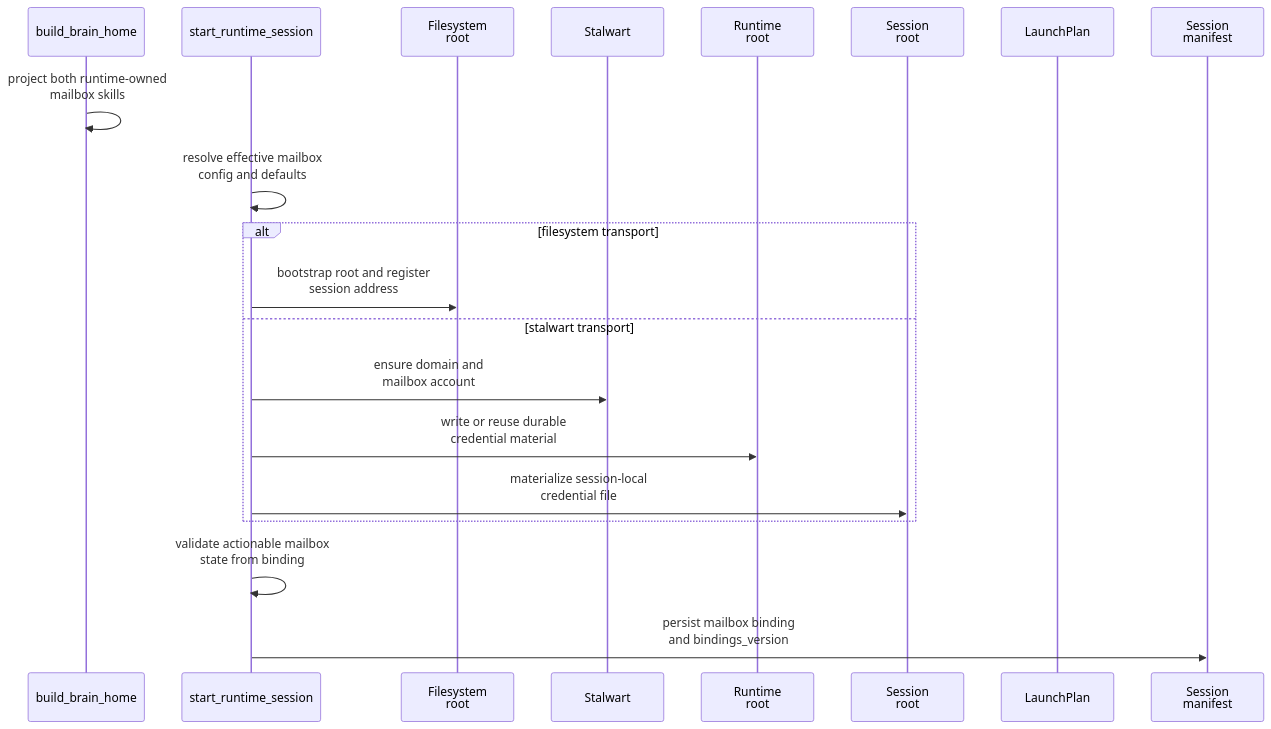
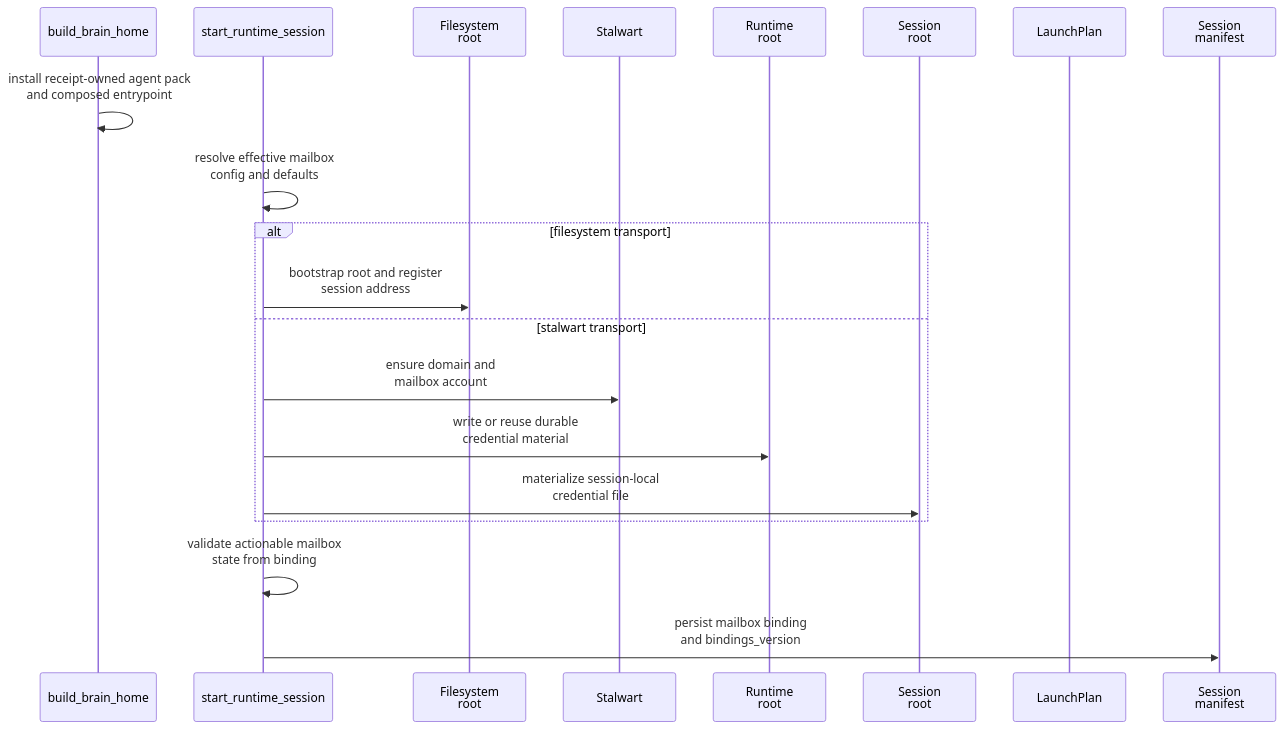
Before and after one commit to igamenovoer/houmao: the diagram in docs/reference/mailbox/internals/runtime-integration.md, drawn with Mermaid. The commit also changed other lines of this file and 526 other files, not shown here.

````diff
--- a/docs/reference/mailbox/internals/runtime-integration.md
+++ b/docs/reference/mailbox/internals/runtime-integration.md
@@ -42,22 +39,22 @@
 ```mermaid
 sequenceDiagram
     participant Bld as build_brain_home
     participant RT as start_runtime_session
     participant FS as Filesystem<br/>root
     participant SW as Stalwart
     participant RR as Runtime<br/>root
     participant SR as Session<br/>root
     participant LP as LaunchPlan
     participant Man as Session<br/>manifest
-    Bld->>Bld: project both runtime-owned<br/>mailbox skills
+    Bld->>Bld: install receipt-owned agent pack<br/>and composed entrypoint
     RT->>RT: resolve effective mailbox<br/>config and defaults
     alt filesystem transport
         RT->>FS: bootstrap root and register<br/>session address
     else stalwart transport
         RT->>SW: ensure domain and<br/>mailbox account
         RT->>RR: write or reuse durable<br/>credential material
         RT->>SR: materialize session-local<br/>credential file
     end
     RT->>RT: validate actionable mailbox<br/>state from binding
     RT->>Man: persist mailbox binding<br/>and bindings_version
 ```
````
